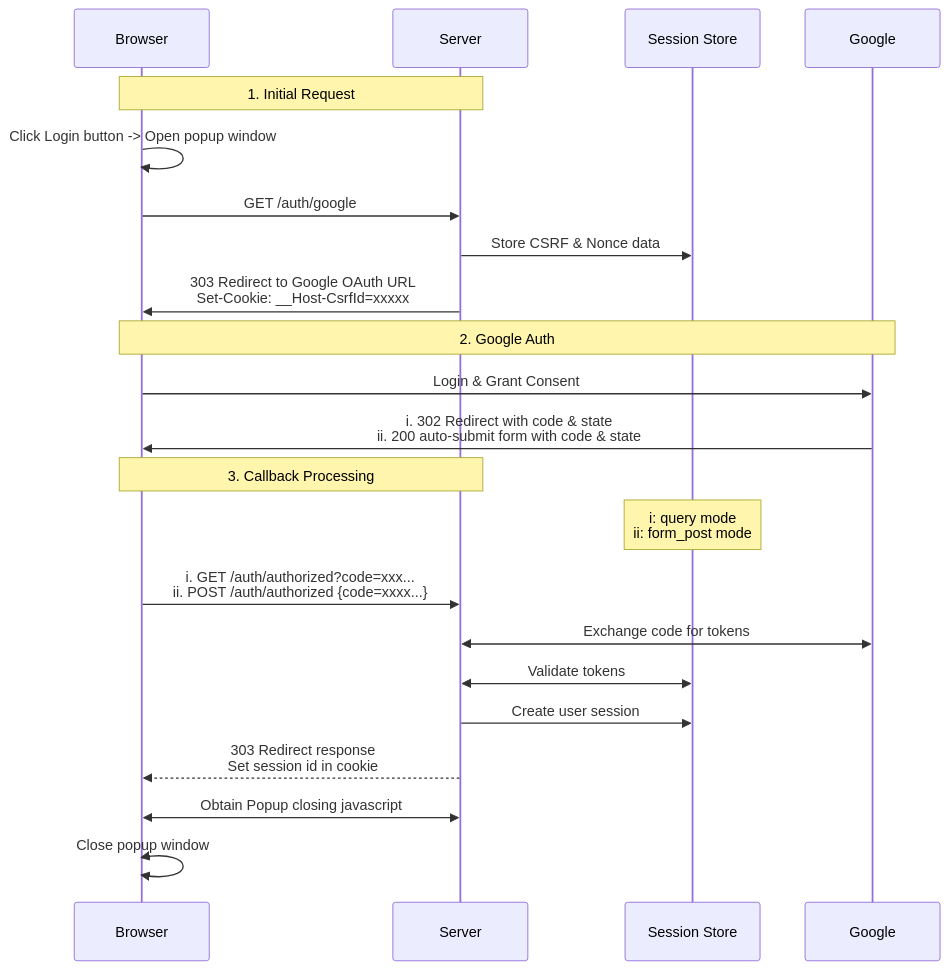
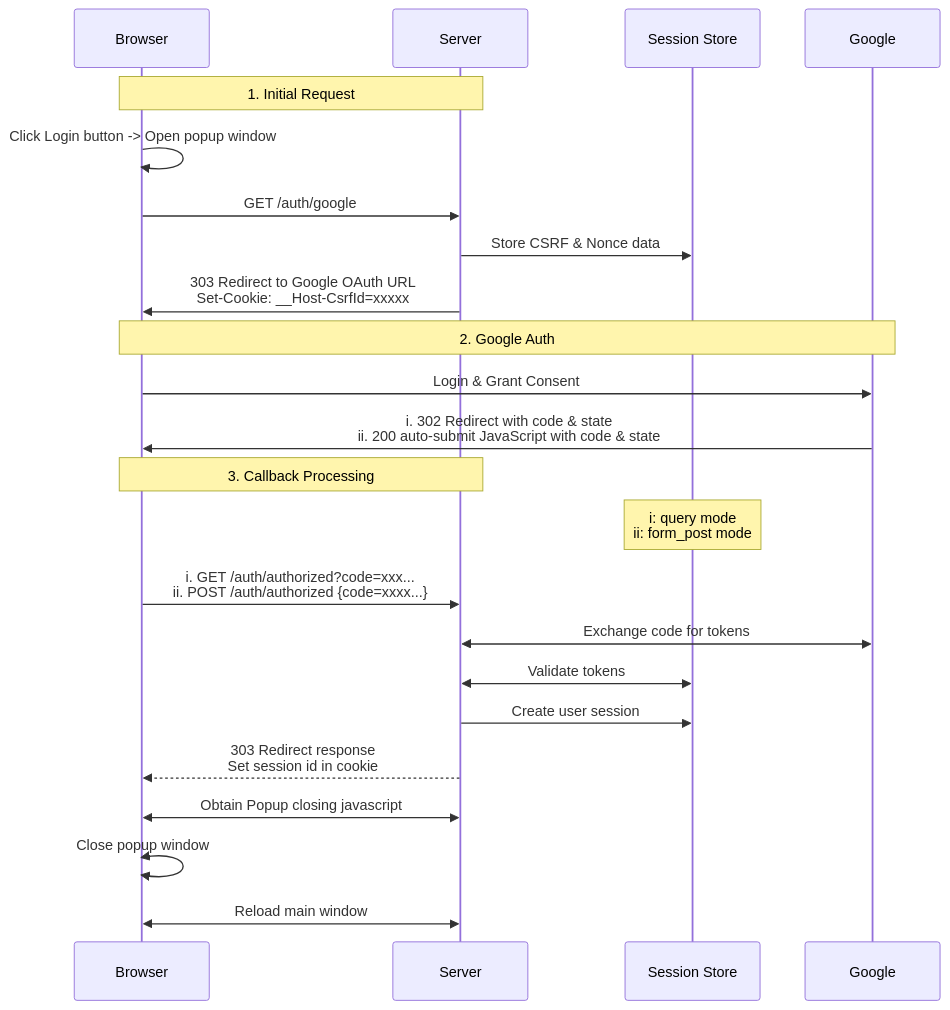
The second of 4 diagrams in 2024/Axum-Google-OAuth2-Login/Readme.en.md (ktaka-ccmp/ktaka.blog.ccmp.jp), drawn with Mermaid before and after one commit. The commit also changed other lines of this file, not shown here.

````diff
--- a/2024/Axum-Google-OAuth2-Login/Readme.en.md
+++ b/2024/Axum-Google-OAuth2-Login/Readme.en.md
@@ -103,27 +103,28 @@
 ```mermaid
 sequenceDiagram
     participant Browser
     participant Server
     participant Session Store
     participant Google
 
     Note over Browser,Server: 1. Initial Request
     Browser->>Browser: Click Login button -> Open popup window
     Browser->>Server: GET /auth/google
     Server->>Session Store: Store CSRF & Nonce data
     Server->>Browser: 303 Redirect to Google OAuth URL<br/>Set-Cookie: __Host-CsrfId=xxxxx
 
     Note over Browser,Google: 2. Google Auth
     Browser->>Google: Login & Grant Consent
-    Google->>Browser: i. 302 Redirect with code & state <br/> ii. 200 auto-submit form with code & state
+    Google->>Browser: i. 302 Redirect with code & state <br/> ii. 200 auto-submit JavaScript with code & state
 
     Note over Browser,Server: 3. Callback Processing
     Note over Session Store: i: query mode<br/>ii: form_post mode
     Browser->>Server: i. GET /auth/authorized?code=xxx...<br/>ii. POST /auth/authorized {code=xxxx...}
     Server<<->>Google: Exchange code for tokens
     Server<<->>Session Store: Validate tokens
     Server->>Session Store: Create user session
     Server-->>Browser: 303 Redirect response<br/>Set session id in cookie
     Server<<->>Browser: Obtain Popup closing javascript
     Browser<<->>Browser: Close popup window
+    Server<<->>Browser: Reload main window
 ```
````
